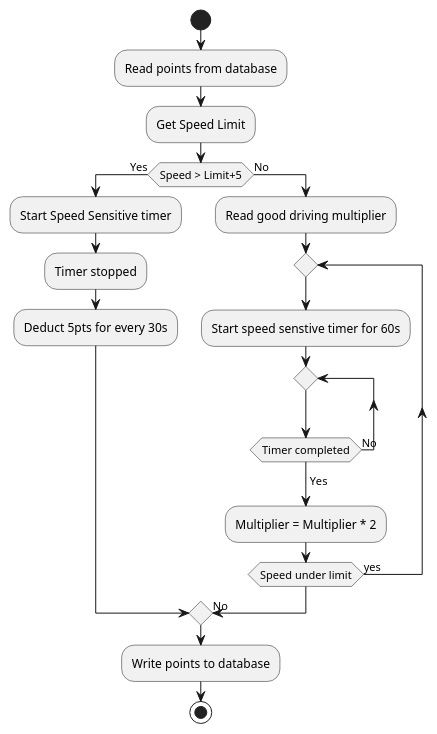
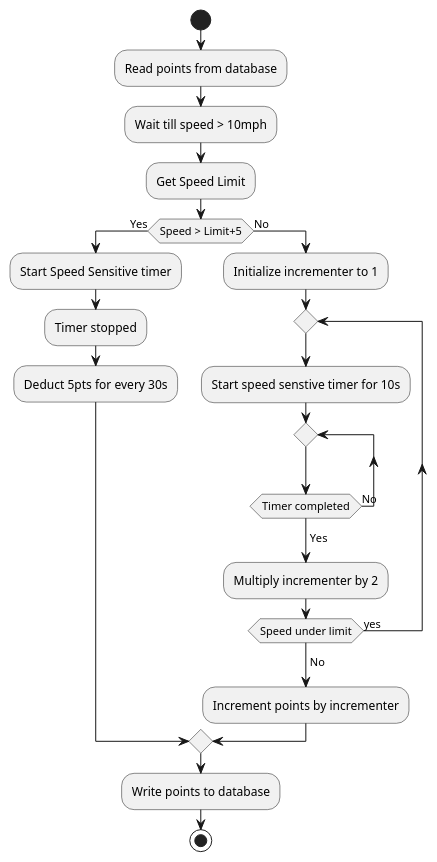
Before and after one commit to Varshith1815/DriverAssistant: the diagram in App/Driver-Assistant-UI/gamification.puml, drawn with PlantUML.

Commit message:
#94: Rephrased state titles

```diff
--- a/App/Driver-Assistant-UI/gamification.puml
+++ b/App/Driver-Assistant-UI/gamification.puml
@@ -1,26 +1,28 @@
 @startuml
 
 start
 :Read points from database;
+:Wait till speed > 10mph;
 :Get Speed Limit;
 
 if (Speed > Limit+5) then (Yes)
 :Start Speed Sensitive timer;
 :Timer stopped;
 :Deduct 5pts for every 30s;
 
 else (No)
-:Read good driving multiplier;
+:Initialize incrementer to 1;
 repeat
-  :Start speed senstive timer for 60s;
+  :Start speed senstive timer for 10s;
   repeat
   repeat while (Timer completed) is (No)
   ->Yes;
-  :Multiplier = Multiplier * 2;
+  :Multiply incrementer by 2;
 repeat while (Speed under limit) is (yes)
 ->No;
+:Increment points by incrementer;
 endif
 :Write points to database;
 stop
 
 @enduml
```
